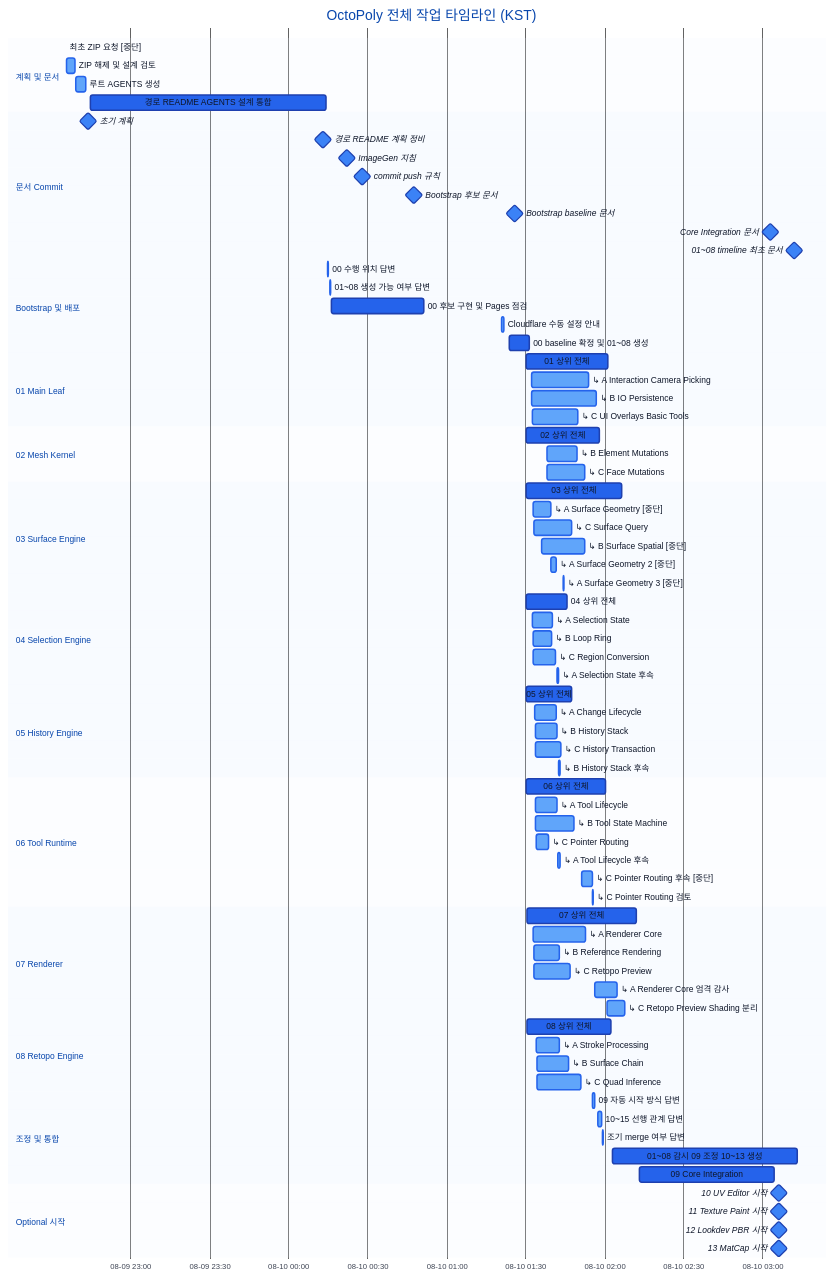
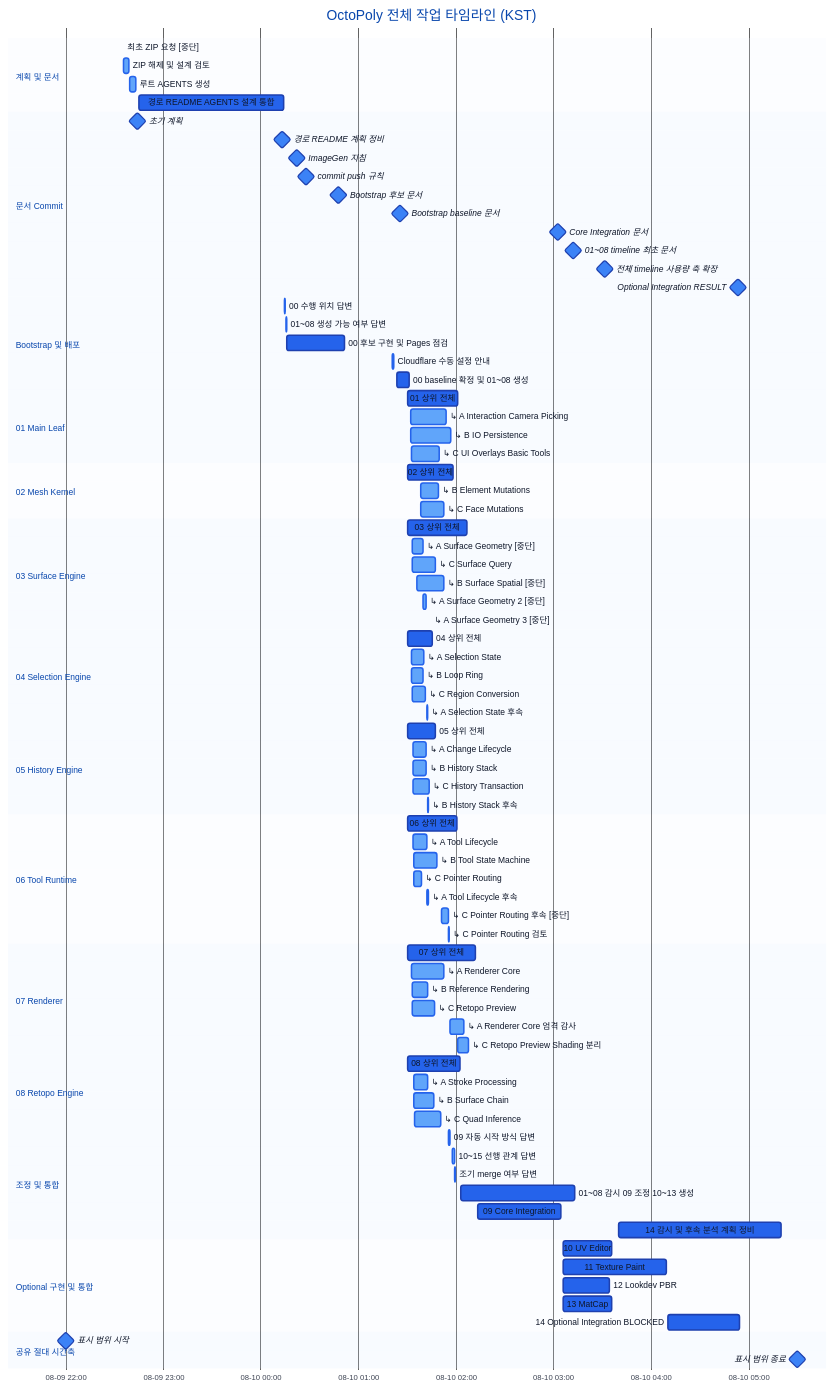
One commit to octopus7/octopoly changed the diagram in docs/workplan/OCTOPOLY_TASK_TIMELINE.md. Above: the diagram before and after it, drawn with Mermaid. The commit also changed other lines of this file and 12 other files, not shown here.

Commit message:
docs: checkpoint follow-up planning and timeline

````diff
--- a/docs/workplan/OCTOPOLY_TASK_TIMELINE.md
+++ b/docs/workplan/OCTOPOLY_TASK_TIMELINE.md
@@ -148,6 +156,8 @@
     Bootstrap baseline 문서             :milestone, m06, 2026-08-10 01:25:45, 0s
     Core Integration 문서               :milestone, m07, 2026-08-10 03:02:51, 0s
     01~08 timeline 최초 문서            :milestone, m08, 2026-08-10 03:12:07, 0s
+    전체 timeline 사용량 축 확장        :milestone, m09, 2026-08-10 03:31:21, 0s
+    Optional Integration RESULT         :milestone, m10, 2026-08-10 04:53:41, 0s
 
     section Bootstrap 및 배포
     00 수행 위치 답변                   :done, q01, 2026-08-10 00:14:41, 19s
@@ -218,10 +228,16 @@
     조기 merge 여부 답변                :done, q05, 2026-08-10 01:59:17, 19s
     01~08 감시 09 조정 10~13 생성       :crit, c01, 2026-08-10 02:02:55, 4217s
     09 Core Integration                 :crit, i09, 2026-08-10 02:13:17, 3071s
+    14 감시 및 후속 분석 계획 정비     :crit, c02, 2026-08-10 03:39:55, 6005s
 
-    section Optional 시작
-    10 UV Editor 시작                   :milestone, o10, 2026-08-10 03:06:04, 0s
-    11 Texture Paint 시작               :milestone, o11, 2026-08-10 03:06:08, 0s
-    12 Lookdev PBR 시작                 :milestone, o12, 2026-08-10 03:06:08, 0s
-    13 MatCap 시작                      :milestone, o13, 2026-08-10 03:06:10, 0s
+    section Optional 구현 및 통합
+    10 UV Editor                        :crit, o10, 2026-08-10 03:06:04, 1800s
+    11 Texture Paint                    :crit, o11, 2026-08-10 03:06:08, 3794s
+    12 Lookdev PBR                      :crit, o12, 2026-08-10 03:06:08, 1688s
+    13 MatCap                           :crit, o13, 2026-08-10 03:06:10, 1782s
+    14 Optional Integration BLOCKED     :crit, o14, 2026-08-10 04:10:33, 2632s
+
+    section 공유 절대 시간축
+    표시 범위 시작                     :milestone, rangeStart, 2026-08-09 22:00:00, 0s
+    표시 범위 종료                     :milestone, rangeEnd, 2026-08-10 05:30:00, 0s
 ```
````
